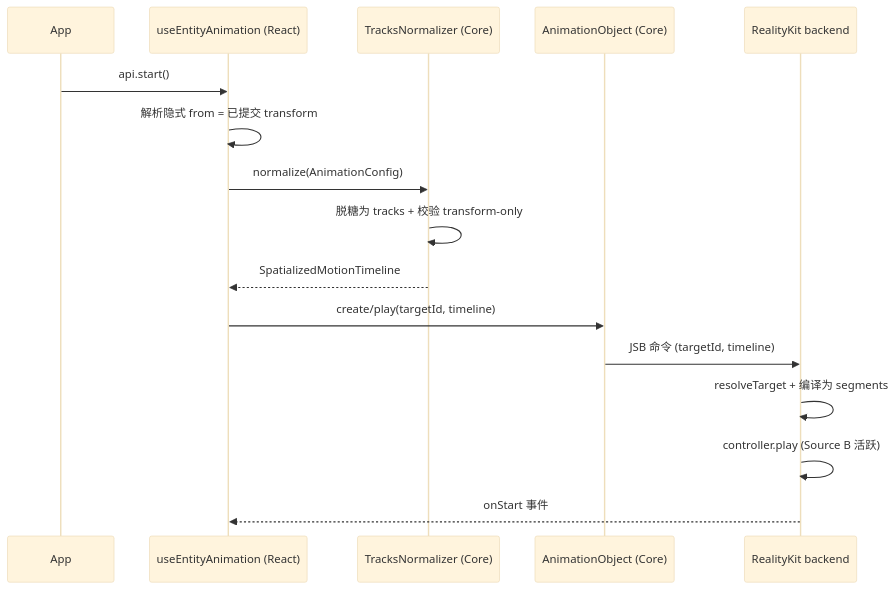
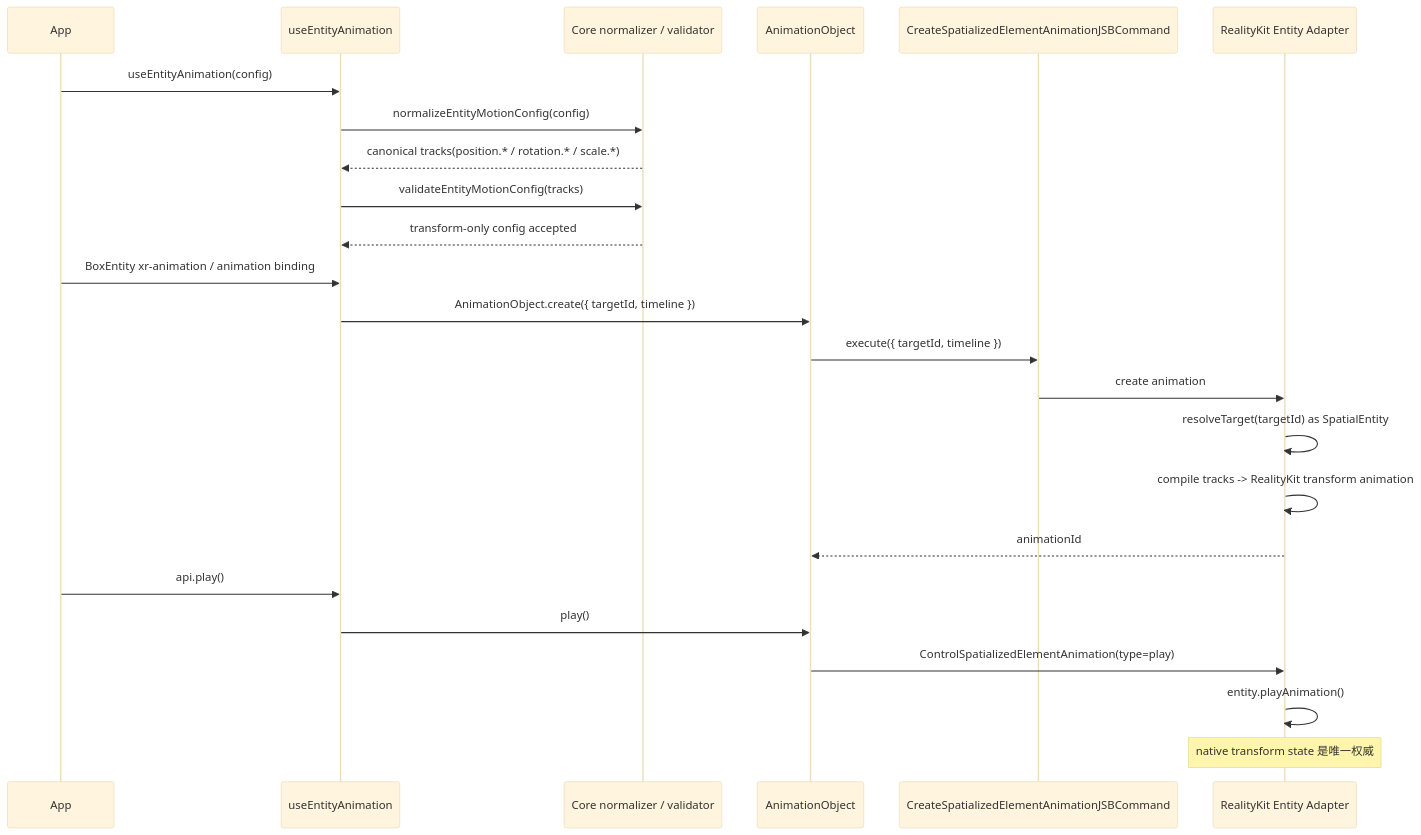
Before and after one commit to webspatial/webspatial-sdk: the second of 6 diagrams in openspec/changes/redesign-entity-motion-api/design.zh.md, drawn with Mermaid (base theme). The commit also changed other lines of this file and 1 other file, not shown here.

````diff
--- a/openspec/changes/redesign-entity-motion-api/design.zh.md
+++ b/openspec/changes/redesign-entity-motion-api/design.zh.md
@@ -237,18 +209,27 @@
 ```mermaid
 sequenceDiagram
     participant App
-    participant Hook as useEntityAnimation (React)
-    participant Norm as TracksNormalizer (Core)
-    participant Obj as AnimationObject (Core)
-    participant Native as RealityKit backend
-    App->>Hook: api.start()
-    Hook->>Hook: 解析隐式 from = 已提交 transform
-    Hook->>Norm: normalize(AnimationConfig)
-    Norm->>Norm: 脱糖为 tracks + 校验 transform-only
-    Norm-->>Hook: SpatializedMotionTimeline
-    Hook->>Obj: create/play(targetId, timeline)
-    Obj->>Native: JSB 命令 (targetId, timeline)
-    Native->>Native: resolveTarget + 编译为 segments
-    Native->>Native: controller.play (Source B 活跃)
-    Native-->>Hook: onStart 事件
+    participant Hook as useEntityAnimation
+    participant Core as Core normalizer / validator
+    participant Obj as AnimationObject
+    participant JSB as CreateSpatializedElementAnimationJSBCommand
+    participant Native as RealityKit Entity Adapter
+
+    App->>Hook: useEntityAnimation(config)
+    Hook->>Core: normalizeEntityMotionConfig(config)
+    Core-->>Hook: canonical tracks(position.* / rotation.* / scale.*)
+    Hook->>Core: validateEntityMotionConfig(tracks)
+    Core-->>Hook: transform-only config accepted
+    App->>Hook: BoxEntity xr-animation / animation binding
+    Hook->>Obj: AnimationObject.create({ targetId, timeline })
+    Obj->>JSB: execute({ targetId, timeline })
+    JSB->>Native: create animation
+    Native->>Native: resolveTarget(targetId) as SpatialEntity
+    Native->>Native: compile tracks -> RealityKit transform animation
+    Native-->>Obj: animationId
+    App->>Hook: api.play()
+    Hook->>Obj: play()
+    Obj->>Native: ControlSpatializedElementAnimation(type=play)
+    Native->>Native: entity.playAnimation()
+    Note over Native: native transform state 是唯一权威
 ```
````
